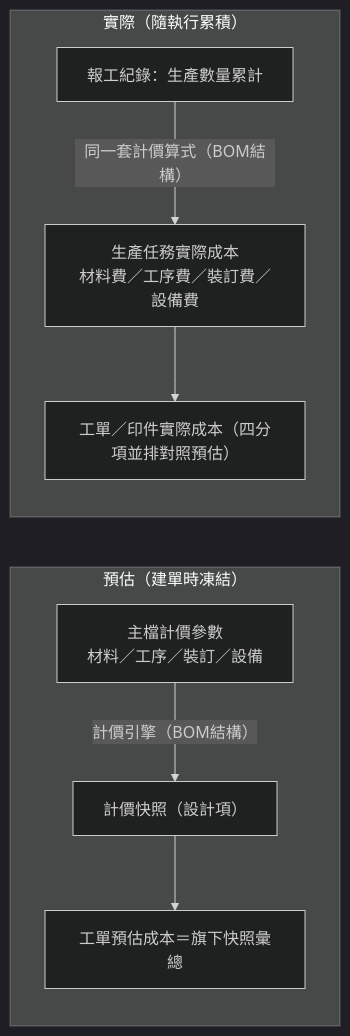
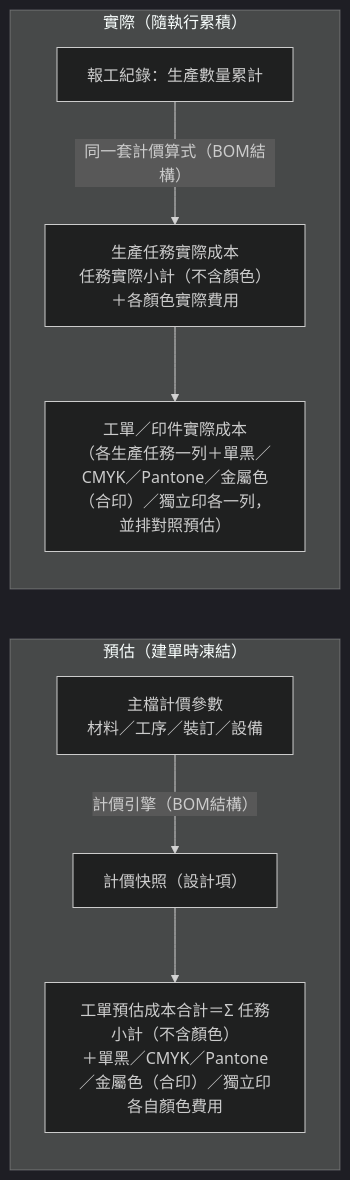
Before and after one commit to Kawato-Miles/erp-spec: the fourth of 4 diagrams in memory/Sens_wiki/wiki/erp/05-entities/生產領域資料結構總覽.md, drawn with Mermaid (dark theme). The commit also changed other lines of this file and 17 other files, not shown here.

````diff
--- a/memory/Sens_wiki/wiki/erp/05-entities/生產領域資料結構總覽.md
+++ b/memory/Sens_wiki/wiki/erp/05-entities/生產領域資料結構總覽.md
@@ -105,11 +105,11 @@
 ```mermaid
 flowchart LR
     subgraph 預估["預估（建單時凍結）"]
         C1["主檔計價參數<br>材料／工序／裝訂／設備"] -->|"計價引擎（BOM結構）"| C2["計價快照（設計項）"]
-        C2 --> C3["工單預估成本＝旗下快照彙總"]
+        C2 --> C3["工單預估成本合計＝Σ 任務小計（不含顏色）<br>＋單黑／CMYK／Pantone／金屬色（合印）／獨立印各自顏色費用"]
     end
     subgraph 實際["實際（隨執行累積）"]
-        D1["報工紀錄：生產數量累計"] -->|"同一套計價算式（BOM結構）"| D5["生產任務實際成本<br>材料費／工序費／裝訂費／設備費"]
-        D5 --> D6["工單／印件實際成本（四分項並排對照預估）"]
+        D1["報工紀錄：生產數量累計"] -->|"同一套計價算式（BOM結構）"| D5["生產任務實際成本<br>任務實際小計（不含顏色）＋各顏色實際費用"]
+        D5 --> D6["工單／印件實際成本<br>（各生產任務一列＋單黑／CMYK／Pantone／金屬色（合印）／獨立印各一列，並排對照預估）"]
     end
 ```
````
